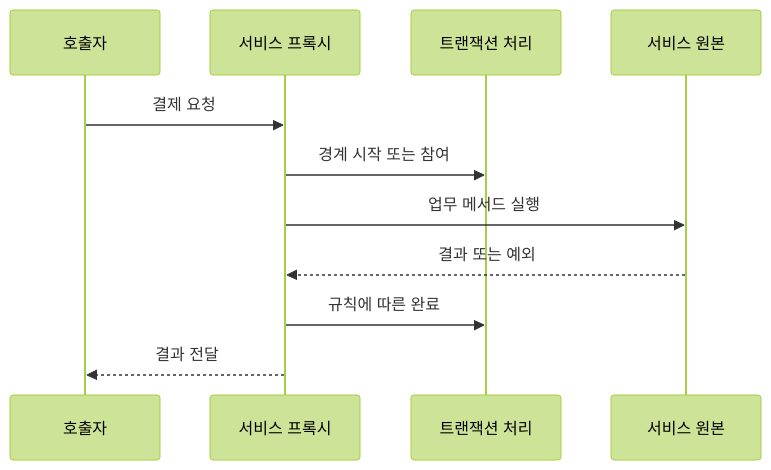
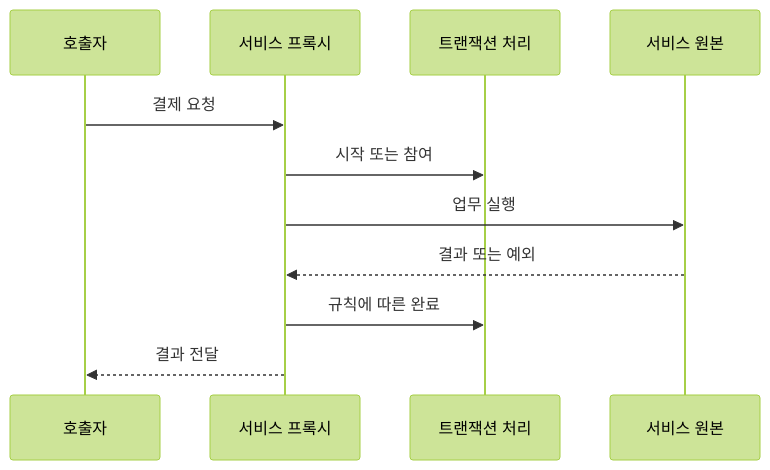
The third of 3 diagrams in spring/container-bean-lifecycle.md (cxuxmxx/worklog), drawn with Mermaid (forest theme) before and after one commit. The commit also changed other lines of this file, not shown here.

````diff
--- a/spring/container-bean-lifecycle.md
+++ b/spring/container-bean-lifecycle.md
@@ -895,13 +790,13 @@
 ```mermaid
 sequenceDiagram
     participant C as 호출자
     participant P as 서비스 프록시
     participant T as 트랜잭션 처리
     participant S as 서비스 원본
     C->>P: 결제 요청
-    P->>T: 경계 시작 또는 참여
-    P->>S: 업무 메서드 실행
+    P->>T: 시작 또는 참여
+    P->>S: 업무 실행
     S-->>P: 결과 또는 예외
     P->>T: 규칙에 따른 완료
     P-->>C: 결과 전달
 ```
````
